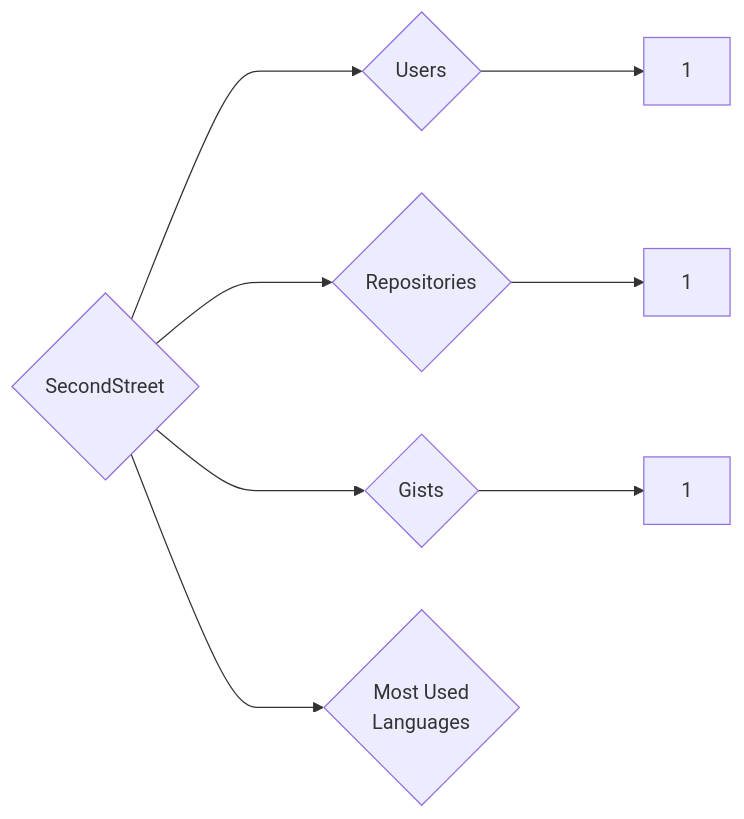
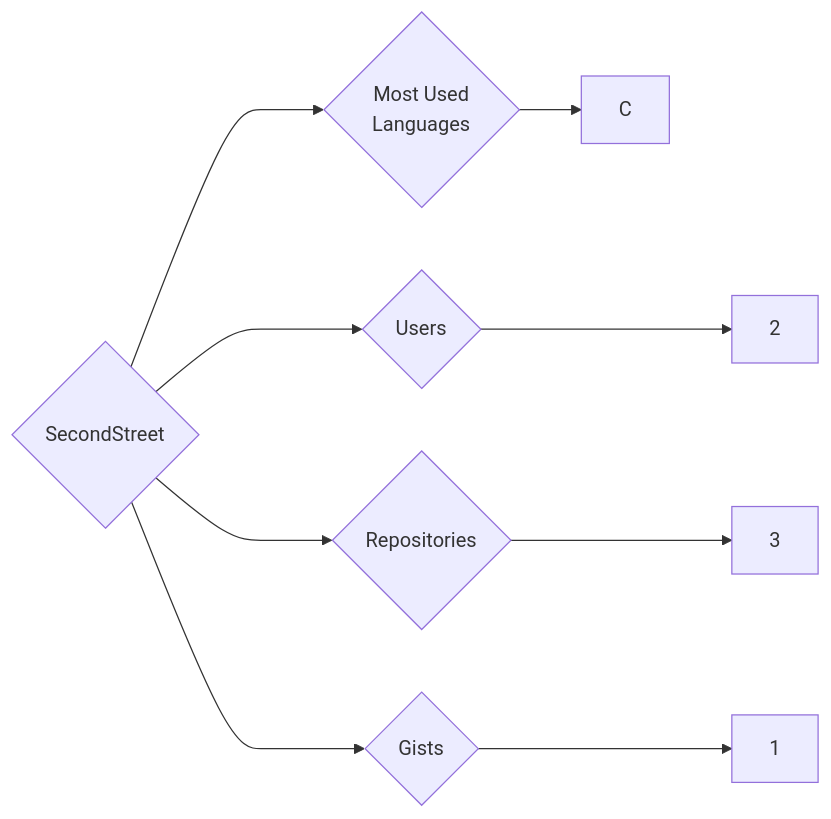
One commit to trickest/insiders changed the diagram in targets/SecondStreet/README.md. Above: the diagram before and after it, drawn with Mermaid. The commit also changed 681 other files, not shown here.

````diff
--- a/targets/SecondStreet/README.md
+++ b/targets/SecondStreet/README.md
@@ -3,8 +3,9 @@
 ```mermaid
 graph LR
 COMPANY_NAME{SecondStreet}
-COMPANY_NAME ---> U{Users} ---> UN[1]
-COMPANY_NAME ---> R{Repositories} ---> RN[1]
+COMPANY_NAME ---> U{Users} ---> UN[2]
+COMPANY_NAME ---> R{Repositories} ---> RN[3]
 COMPANY_NAME ---> G{Gists} ---> GN[1]
 COMPANY_NAME ---> ML{Most Used<br>Languages}
+ML --> C[C]
 ```
````
